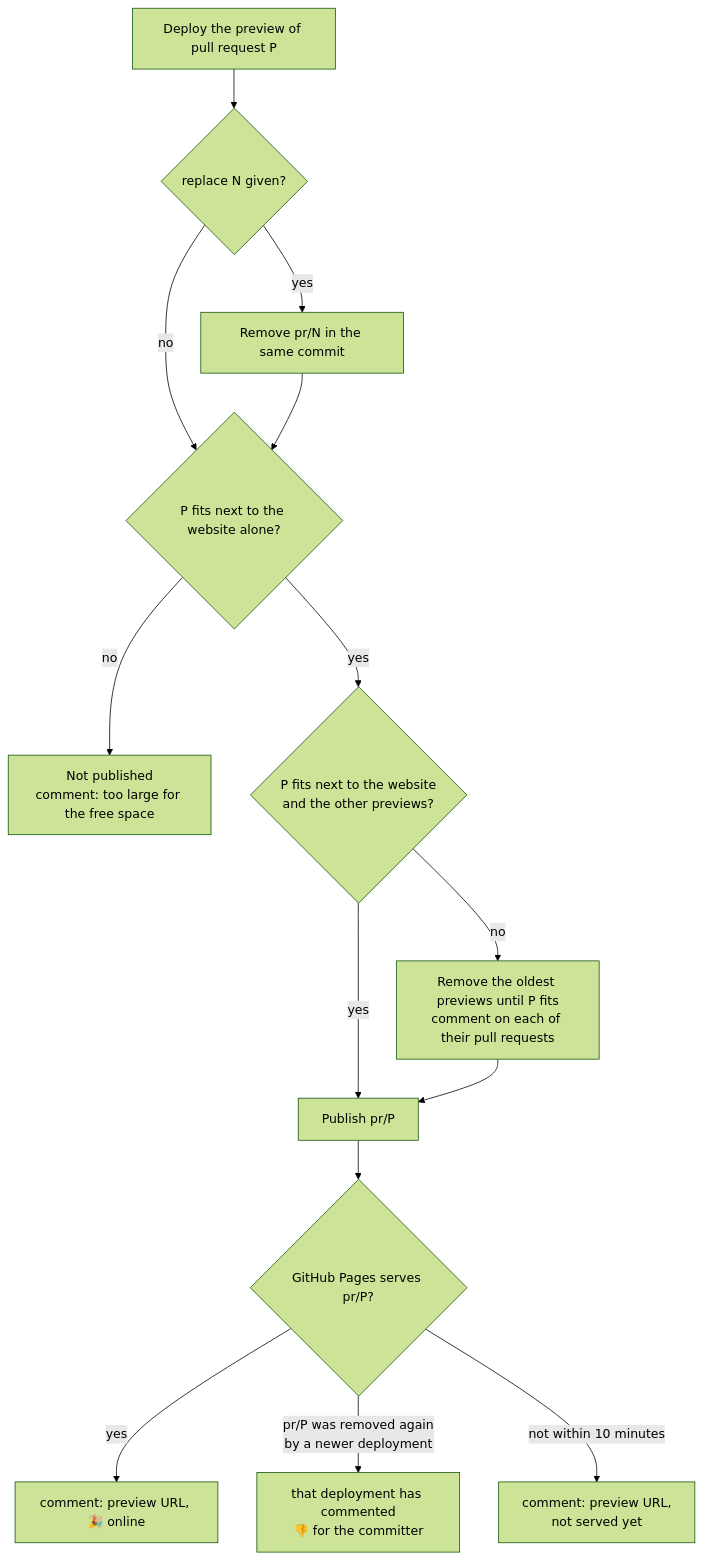
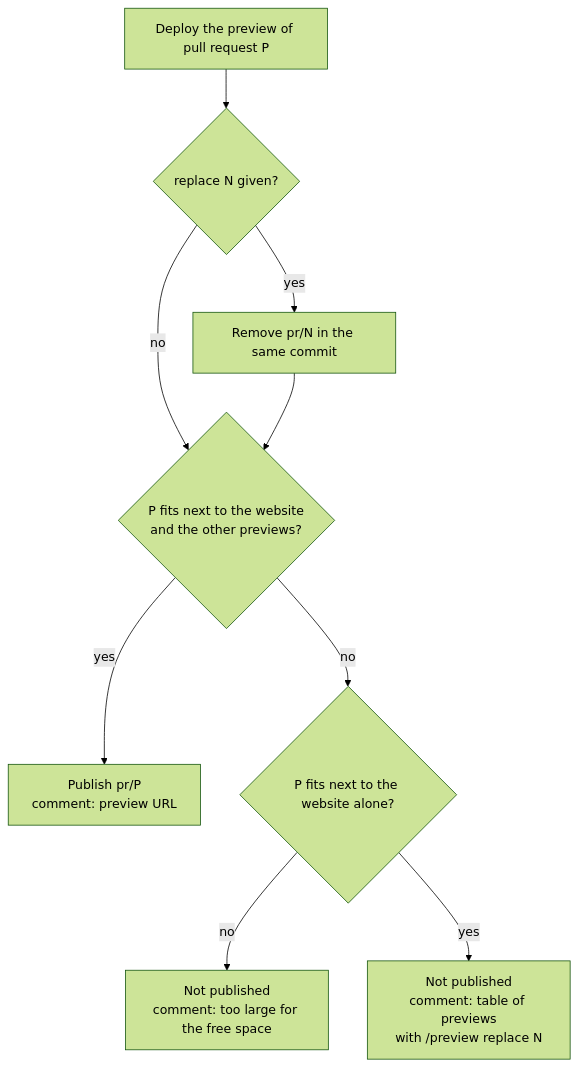
Before and after one commit to eclipse-tractusx/eclipse-tractusx.github.io: the fourth of 5 diagrams in .github/workflows/README.md, drawn with Mermaid (forest theme). The commit also changed other lines of this file and 2 other files, not shown here.

First line of the commit message:
feat(preview): answer /preview in its status comment, with the table to choose from

````diff
--- a/.github/workflows/README.md
+++ b/.github/workflows/README.md
@@ -180,16 +191,11 @@
 ```mermaid
 flowchart TD
     start["Deploy the preview of pull request P"] --> rep{"replace N given?"}
     rep -- yes --> rm["Remove pr/N in the same commit"]
-    rep -- no --> alone
-    rm --> alone{"P fits next to the website alone?"}
+    rep -- no --> fit
+    rm --> fit{"P fits next to the website<br/>and the other previews?"}
+    fit -- yes --> pub["Publish pr/P<br/>comment: preview URL"]
+    fit -- no --> alone{"P fits next to the website alone?"}
     alone -- no --> nospace1["Not published<br/>comment: too large for the free space"]
-    alone -- yes --> fit{"P fits next to the website<br/>and the other previews?"}
-    fit -- yes --> pub["Publish pr/P"]
-    fit -- no --> evict["Remove the oldest previews until P fits<br/>comment on each of their pull requests"]
-    evict --> pub
-    pub --> verify{"GitHub Pages serves pr/P?"}
-    verify -- yes --> online["comment: preview URL, 🎉 online"]
-    verify -- "pr/P was removed again<br/>by a newer deployment" --> gone["that deployment has commented<br/>👎 for the committer"]
-    verify -- "not within 10 minutes" --> pending["comment: preview URL,<br/>not served yet"]
+    alone -- yes --> nospace2["Not published<br/>comment: table of previews<br/>with /preview replace N"]
 ```
````
